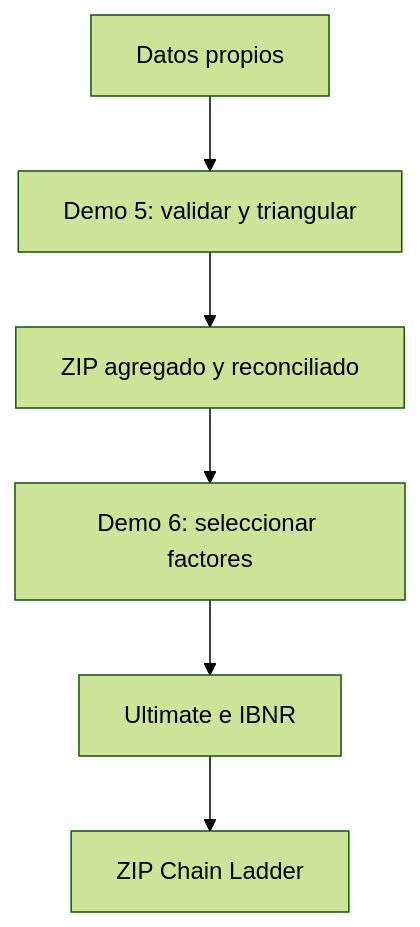
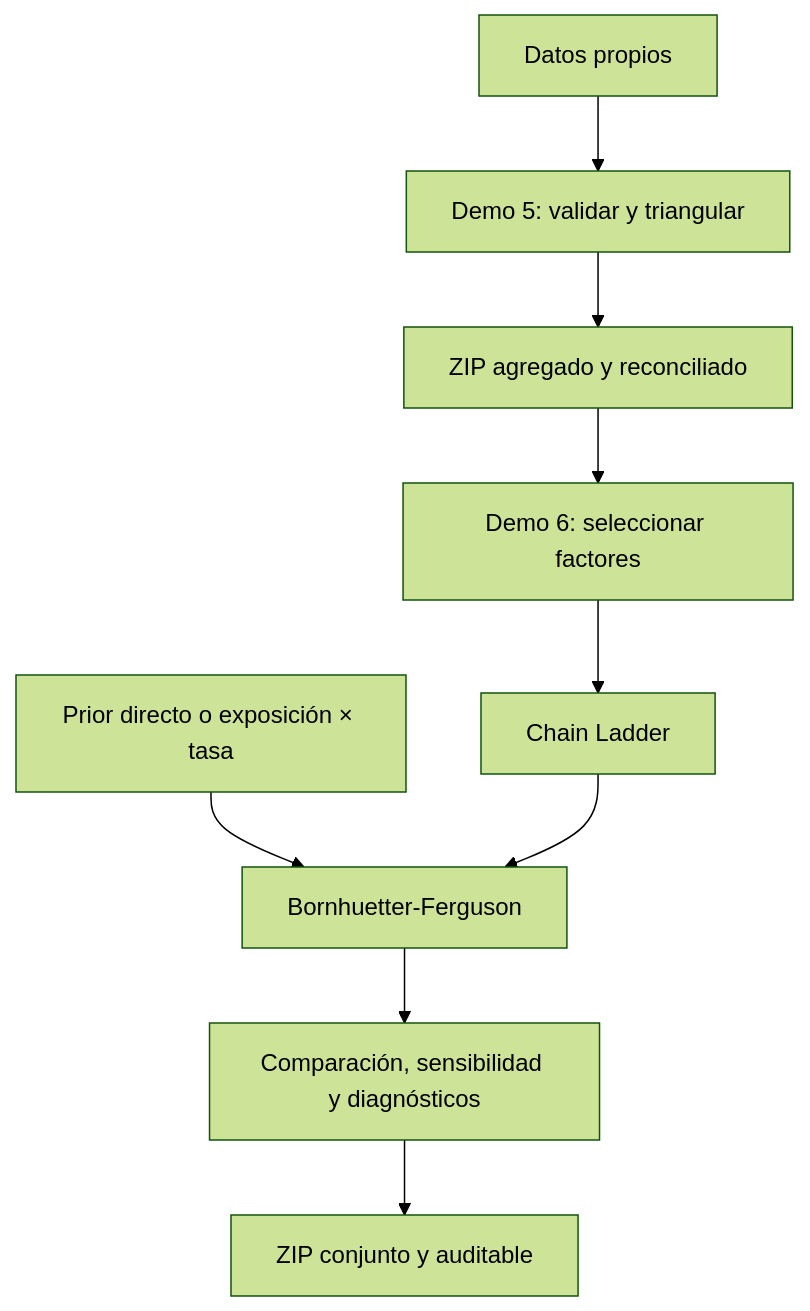
One commit to jaforero/health-insurance-reserving-handbook changed the diagram in docs/examples/06-demo-chain-ladder-datos-propios.md. Above: the diagram before and after it, drawn with Mermaid (forest theme). The commit also changed other lines of this file and 22 other files, not shown here.

Commit message:
feat: integrate Bornhuetter-Ferguson into Demo 6

````diff
--- a/docs/examples/06-demo-chain-ladder-datos-propios.md
+++ b/docs/examples/06-demo-chain-ladder-datos-propios.md
@@ -58,8 +67,11 @@
 ```mermaid
 flowchart TD
     A["Datos propios"] --> B["Demo 5: validar y triangular"]
     B --> C["ZIP agregado y reconciliado"]
     C --> D["Demo 6: seleccionar factores"]
-    D --> E["Ultimate e IBNR"]
-    E --> F["ZIP Chain Ladder"]
+    D --> E["Chain Ladder"]
+    P["Prior directo o exposición × tasa"] --> G["Bornhuetter-Ferguson"]
+    E --> G
+    G --> H["Comparación, sensibilidad y diagnósticos"]
+    H --> F["ZIP conjunto y auditable"]
 ```
````
